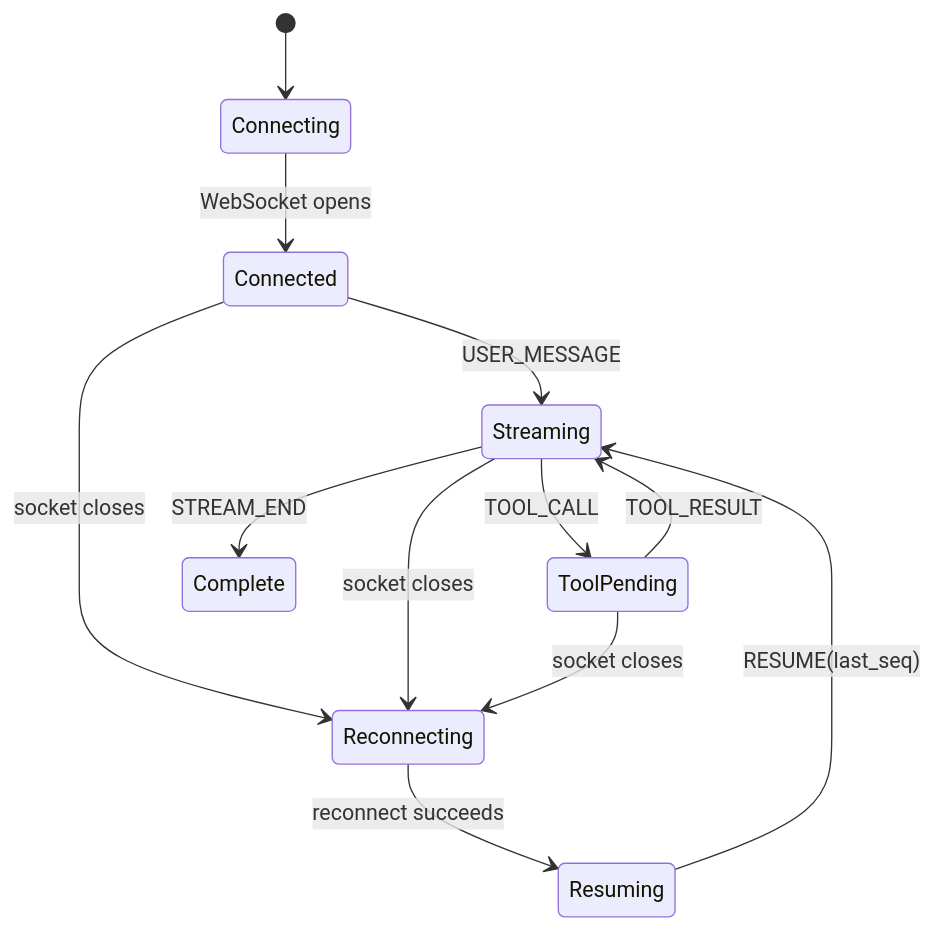
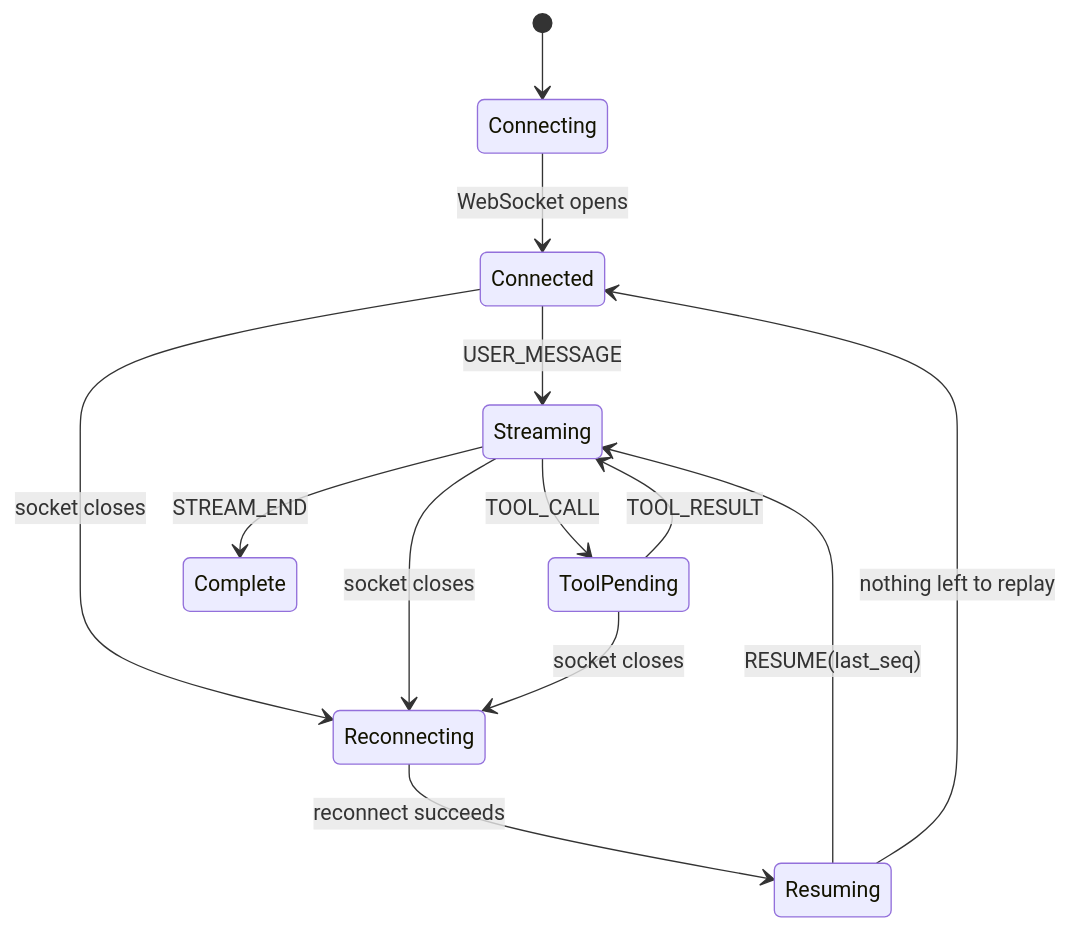
Before and after one commit to GeneralFloofypaws/DT_Alchemyst_assignment: the diagram in agent-console/README.md, drawn with Mermaid.

````diff
--- a/agent-console/README.md
+++ b/agent-console/README.md
@@ -40,21 +40,23 @@
 ```mermaid
 stateDiagram-v2
 
 [*] --> Connecting
 
 Connecting --> Connected : WebSocket opens
 
 Connected --> Streaming : USER_MESSAGE
 
 Streaming --> ToolPending : TOOL_CALL
 ToolPending --> Streaming : TOOL_RESULT
 
 Streaming --> Complete : STREAM_END
 
 Connected --> Reconnecting : socket closes
 Streaming --> Reconnecting : socket closes
 ToolPending --> Reconnecting : socket closes
 
 Reconnecting --> Resuming : reconnect succeeds
 Resuming --> Streaming : RESUME(last_seq)
+Resuming --> Connected : nothing left to replay
+
 ```
````
